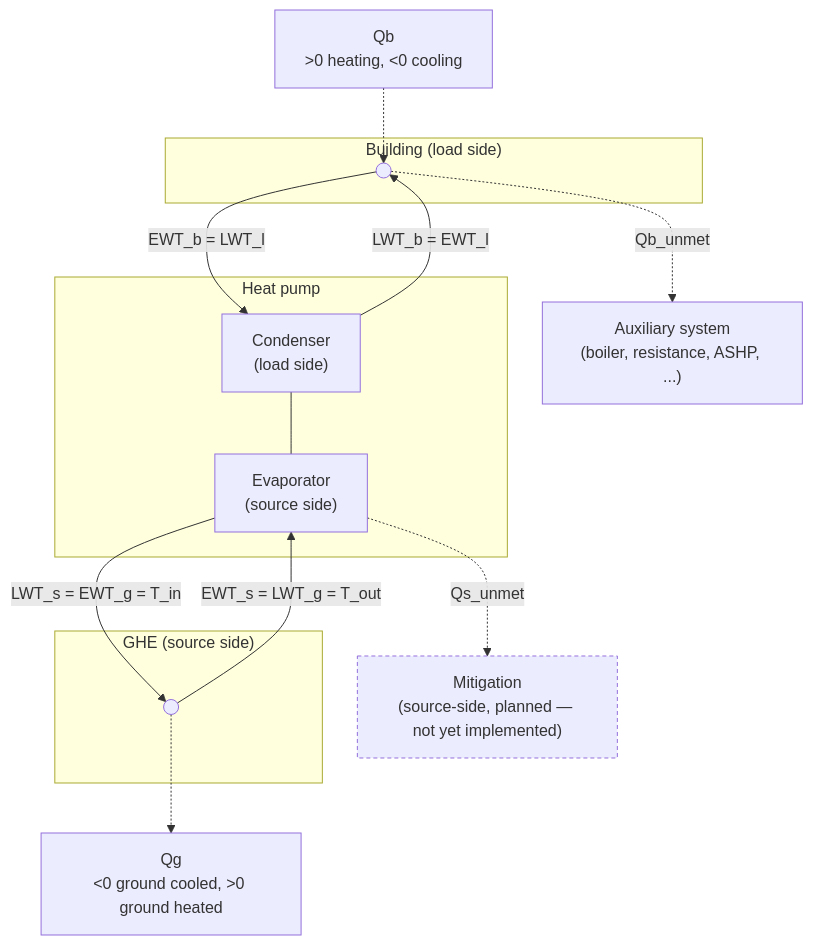
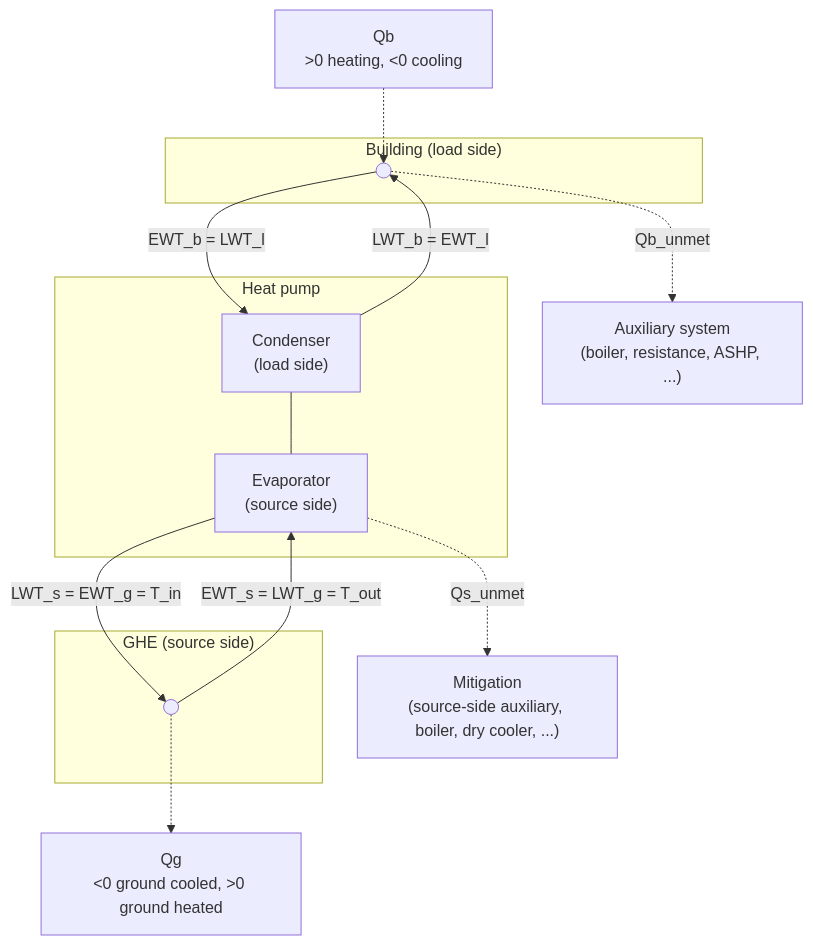
Before and after one commit to GHE-jl/GroundSourceHeatPumpDesign.jl: the diagram in docs/src/diagram.md, drawn with Mermaid. The commit also changed other lines of this file and 17 other files, not shown here.

````diff
--- a/docs/src/diagram.md
+++ b/docs/src/diagram.md
@@ -8,30 +8,28 @@
 ```mermaid
 flowchart TD
     subgraph Bldg["Building (load side)"]
         B(( ))
     end
 
     subgraph HP["Heat pump"]
         Cond["Condenser<br/>(load side)"]
         Evap["Evaporator<br/>(source side)"]
         Cond --- Evap
     end
 
     subgraph Ground["GHE (source side)"]
         G(( ))
     end
 
     B -- "EWT_b = LWT_l" --> Cond
     Cond -- "LWT_b = EWT_l" --> B
     Evap -- "LWT_s = EWT_g = T_in" --> G
     G -- "EWT_s = LWT_g = T_out" --> Evap
 
     Qb["Qb<br/>&gt;0 heating, &lt;0 cooling"] -.-> B
     G -.-> Qg["Qg<br/>&lt;0 ground cooled, &gt;0 ground heated"]
 
     B -. "Qb_unmet" .-> Aux["Auxiliary system<br/>(boiler, resistance, ASHP, ...)"]
-    Evap -. "Qs_unmet" .-> Mit["Mitigation<br/>(source-side, planned — not yet implemented)"]
+    Evap -. "Qs_unmet" .-> Mit["Mitigation<br/>(source-side auxiliary, boiler, dry cooler, ...)"]
 
-    classDef planned stroke-dasharray: 4 3
-    class Mit planned
 ```
````
